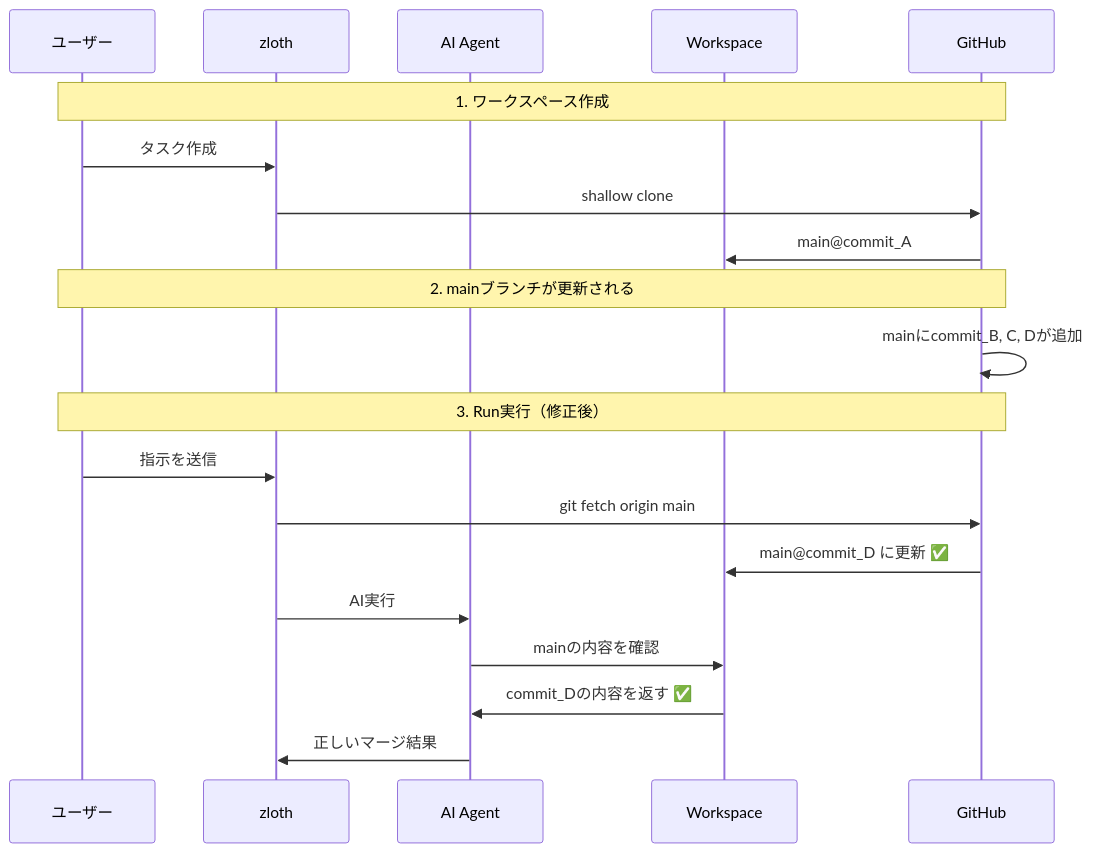
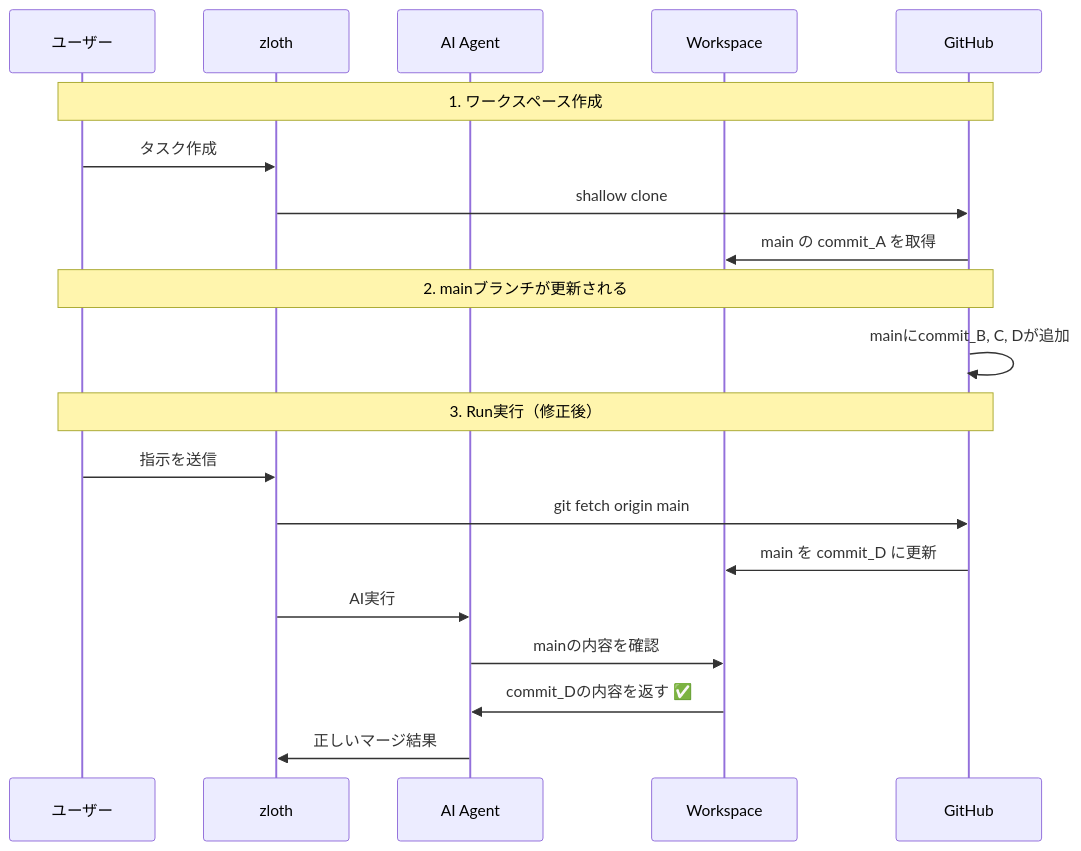
Before and after one commit to hampen2929/zloth: the eighth of 9 diagrams in docs/git_operation.md, drawn with Mermaid. The commit also changed other lines of this file, not shown here.

First line of the commit message:
fix: MermaidのパースエラーとなるAt記号を修正

````diff
--- a/docs/git_operation.md
+++ b/docs/git_operation.md
@@ -506,25 +506,25 @@
 ```mermaid
 sequenceDiagram
     participant U as ユーザー
     participant Z as zloth
     participant A as AI Agent
     participant W as Workspace
     participant G as GitHub
 
     Note over U,G: 1. ワークスペース作成
     U->>Z: タスク作成
     Z->>G: shallow clone
-    G->>W: main@commit_A
+    G->>W: main の commit_A を取得
 
     Note over U,G: 2. mainブランチが更新される
     G->>G: mainにcommit_B, C, Dが追加
 
     Note over U,G: 3. Run実行（修正後）
     U->>Z: 指示を送信
     Z->>G: git fetch origin main
-    G->>W: main@commit_D に更新 ✅
+    G->>W: main を commit_D に更新
     Z->>A: AI実行
     A->>W: mainの内容を確認
     W->>A: commit_Dの内容を返す ✅
     A->>Z: 正しいマージ結果
 ```
````
